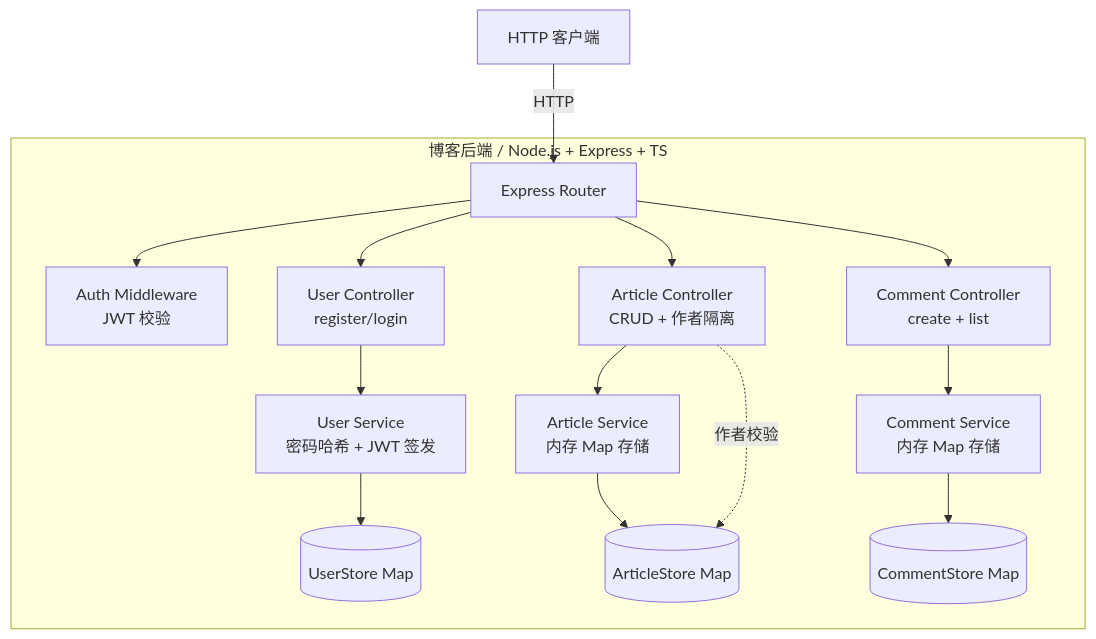
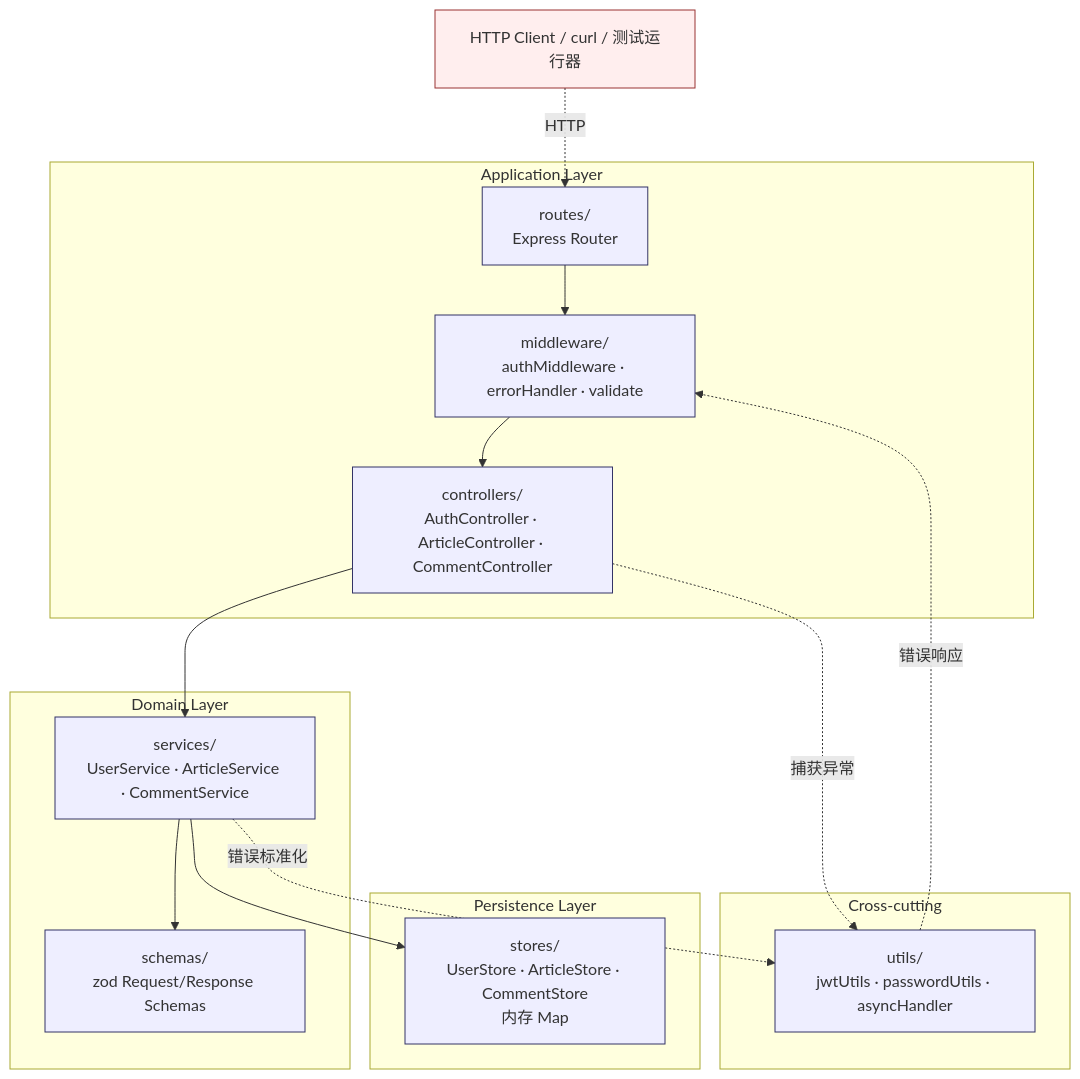
One commit to WangHHY19931001/Software_Engineering_W_Development_Model_Skills_Pack changed the first of 5 diagrams in w-model-dev-demo/docs/system-design.md. Above: the diagram before and after it, drawn with Mermaid. The commit also changed other lines of this file and 93 other files, not shown here.

````diff
--- a/w-model-dev-demo/docs/system-design.md
+++ b/w-model-dev-demo/docs/system-design.md
@@ -16,30 +18,38 @@
 ```mermaid
 graph TD
-    Client[HTTP 客户端]
-    subgraph BlogBackend[博客后端 / Node.js + Express + TS]
-        Router[Express Router]
-        AuthMW[Auth Middleware<br/>JWT 校验]
-        UserCtrl[User Controller<br/>register/login]
-        ArticleCtrl[Article Controller<br/>CRUD + 作者隔离]
-        CommentCtrl[Comment Controller<br/>create + list]
-        UserService[User Service<br/>密码哈希 + JWT 签发]
-        ArticleService[Article Service<br/>内存 Map 存储]
-        CommentService[Comment Service<br/>内存 Map 存储]
-        UserStore[(UserStore Map)]
-        ArticleStore[(ArticleStore Map)]
-        CommentStore[(CommentStore Map)]
+    Client[HTTP Client / curl / 测试运行器]
+
+    subgraph "Application Layer"
+        Routes[routes/<br/>Express Router]
+        MW[middleware/<br/>authMiddleware · errorHandler · validate]
+        Controllers[controllers/<br/>AuthController · ArticleController · CommentController]
     end
 
-    Client -->|HTTP| Router
-    Router --> AuthMW
-    Router --> UserCtrl
-    Router --> ArticleCtrl
-    Router --> CommentCtrl
-    UserCtrl --> UserService
-    ArticleCtrl --> ArticleService
-    CommentCtrl --> CommentService
-    UserService --> UserStore
-    ArticleService --> ArticleStore
-    CommentService --> CommentStore
-    ArticleCtrl -.作者校验.-> ArticleStore
+    subgraph "Domain Layer"
+        Services[services/<br/>UserService · ArticleService · CommentService]
+        Schemas[schemas/<br/>zod Request/Response Schemas]
+    end
+
+    subgraph "Persistence Layer"
+        Stores[stores/<br/>UserStore · ArticleStore · CommentStore<br/>内存 Map]
+    end
+
+    subgraph "Cross-cutting"
+        Utils[utils/<br/>jwtUtils · passwordUtils · asyncHandler]
+    end
+
+    Client -.HTTP.-> Routes
+    Routes --> MW
+    MW --> Controllers
+    Controllers --> Services
+    Services --> Schemas
+    Services --> Stores
+    Controllers -.捕获异常.-> Utils
+    Services -.错误标准化.-> Utils
+    Utils -.错误响应.-> MW
+
+    classDef layer fill:#eef,stroke:#336,stroke-width:1px
+    classDef external fill:#fee,stroke:#933,stroke-width:1px
+    class Routes,MW,Controllers,Services,Schemas,Stores,Utils layer
+    class Client external
 ```
````
